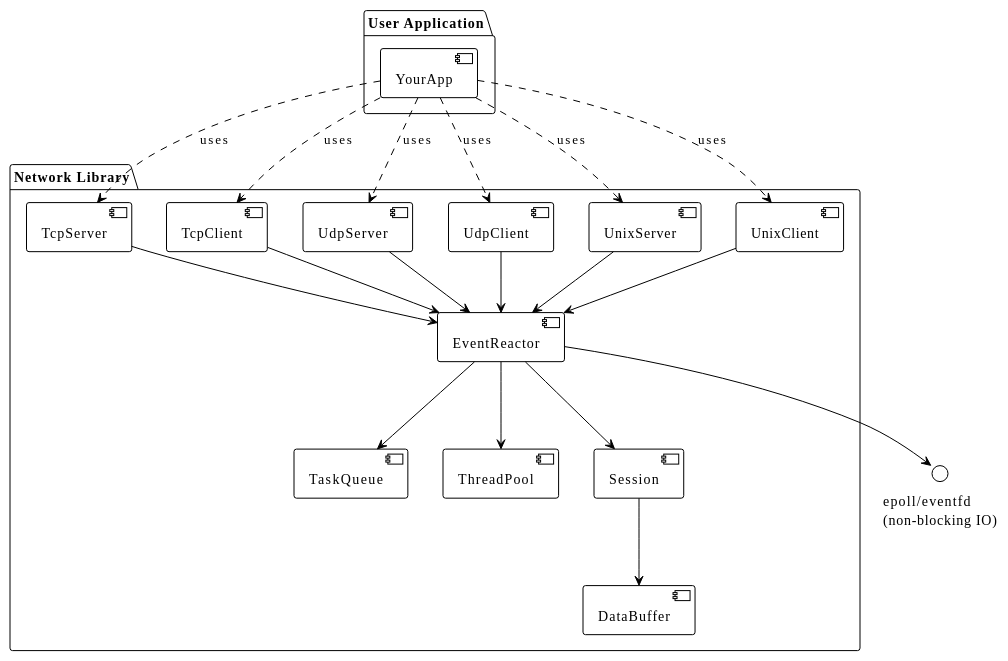
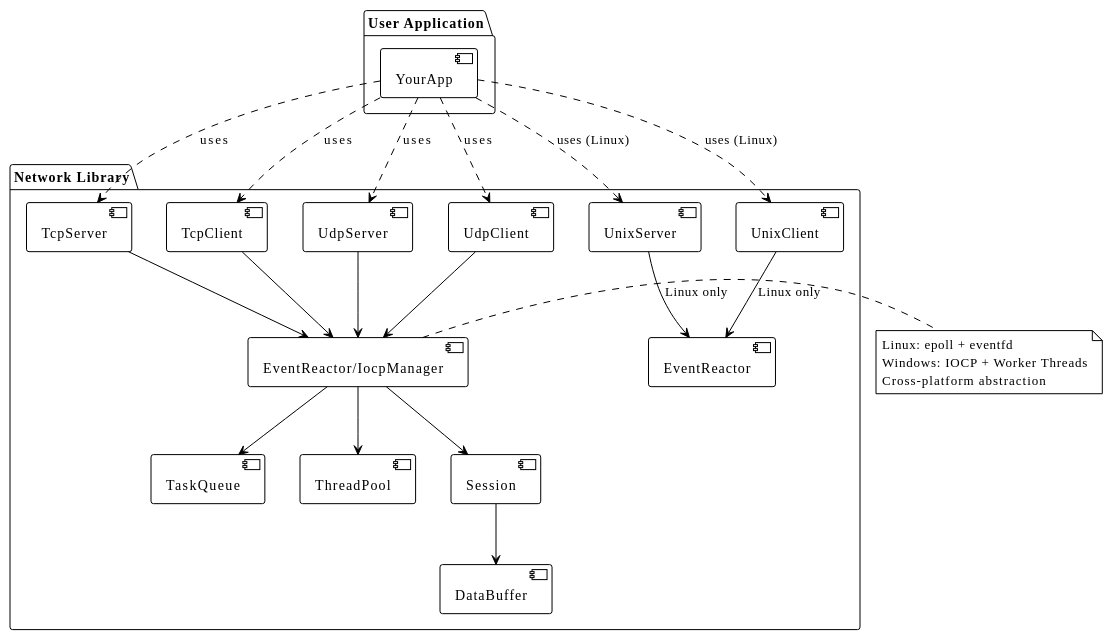
One commit to lmshao/lmnet changed the diagram in README.zh-CN.md. Above: the diagram before and after it, drawn with PlantUML. The commit also changed other lines of this file and 12 other files, not shown here.

Commit message:
Implement centralized IOCP manager and update cross-platform documentation

````diff
--- a/README.zh-CN.md
+++ b/README.zh-CN.md
@@ -84,32 +161,36 @@
 ```plantuml
 @startuml NetworkLibraryArchitecture
 !theme plain
 
 package "User Application" {
     [YourApp]
 }
 
 package "Network Library" {
-    [TcpServer] --> [EventReactor]
-    [TcpClient] --> [EventReactor]
-    [UdpServer] --> [EventReactor]
-    [UdpClient] --> [EventReactor]
-    [UnixServer] --> [EventReactor]
-    [UnixClient] --> [EventReactor]
-    [EventReactor] --> [TaskQueue]
-    [EventReactor] --> [ThreadPool]
-    [EventReactor] --> [Session]
+    [TcpServer] --> [EventReactor/IocpManager]
+    [TcpClient] --> [EventReactor/IocpManager]
+    [UdpServer] --> [EventReactor/IocpManager]
+    [UdpClient] --> [EventReactor/IocpManager]
+    [UnixServer] --> [EventReactor] : Linux only
+    [UnixClient] --> [EventReactor] : Linux only
+    [EventReactor/IocpManager] --> [TaskQueue]
+    [EventReactor/IocpManager] --> [ThreadPool]
+    [EventReactor/IocpManager] --> [Session]
     [Session] --> [DataBuffer]
 }
 
 [YourApp] ..> [TcpServer] : uses
 [YourApp] ..> [TcpClient] : uses
 [YourApp] ..> [UdpServer] : uses
 [YourApp] ..> [UdpClient] : uses
-[YourApp] ..> [UnixServer] : uses
-[YourApp] ..> [UnixClient] : uses
+[YourApp] ..> [UnixServer] : uses (Linux)
+[YourApp] ..> [UnixClient] : uses (Linux)
 
-[EventReactor] --> "epoll/eventfd\n(non-blocking IO)"
+note right of [EventReactor/IocpManager]
+    Linux: epoll + eventfd
+    Windows: IOCP + Worker Threads
+    Cross-platform abstraction
+end note
 
 @enduml
 ```
````
